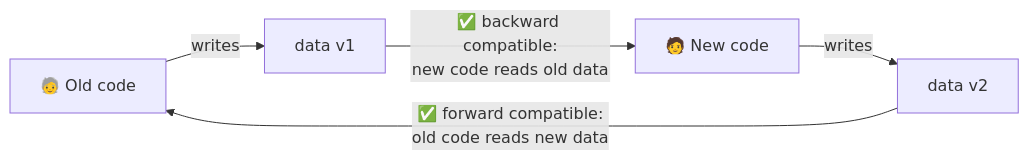
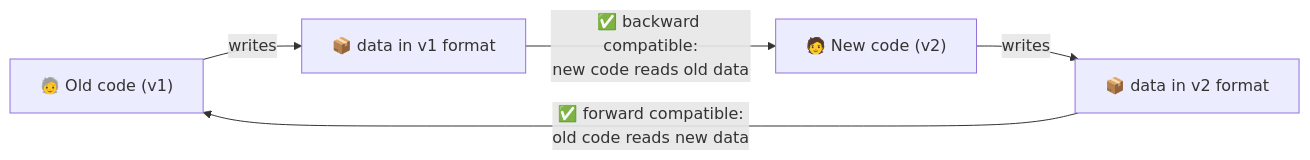
Before and after one commit to pratikguru998/ddia-book: the second of 28 diagrams in docs/chapters/part-1/04-encoding-evolution.mdx, drawn with Mermaid. The commit also changed other lines of this file and 13 other files, not shown here.

Commit message:
Expand all 12 chapters: every book subsection, deeper notes, ~320 diagrams

````diff
--- a/docs/chapters/part-1/04-encoding-evolution.mdx
+++ b/docs/chapters/part-1/04-encoding-evolution.mdx
@@ -16,7 +40,7 @@
 ```mermaid
 flowchart LR
-  OLD["🧓 Old code"] -->|"writes"| D1["data v1"]
-  NEW["🧑 New code"] -->|"writes"| D2["data v2"]
+  OLD["🧓 Old code (v1)"] -->|"writes"| D1["📦 data in v1 format"]
+  NEW["🧑 New code (v2)"] -->|"writes"| D2["📦 data in v2 format"]
   D1 -->|"✅ backward compatible:<br/>new code reads old data"| NEW
   D2 -->|"✅ forward compatible:<br/>old code reads new data"| OLD
 ```
````
